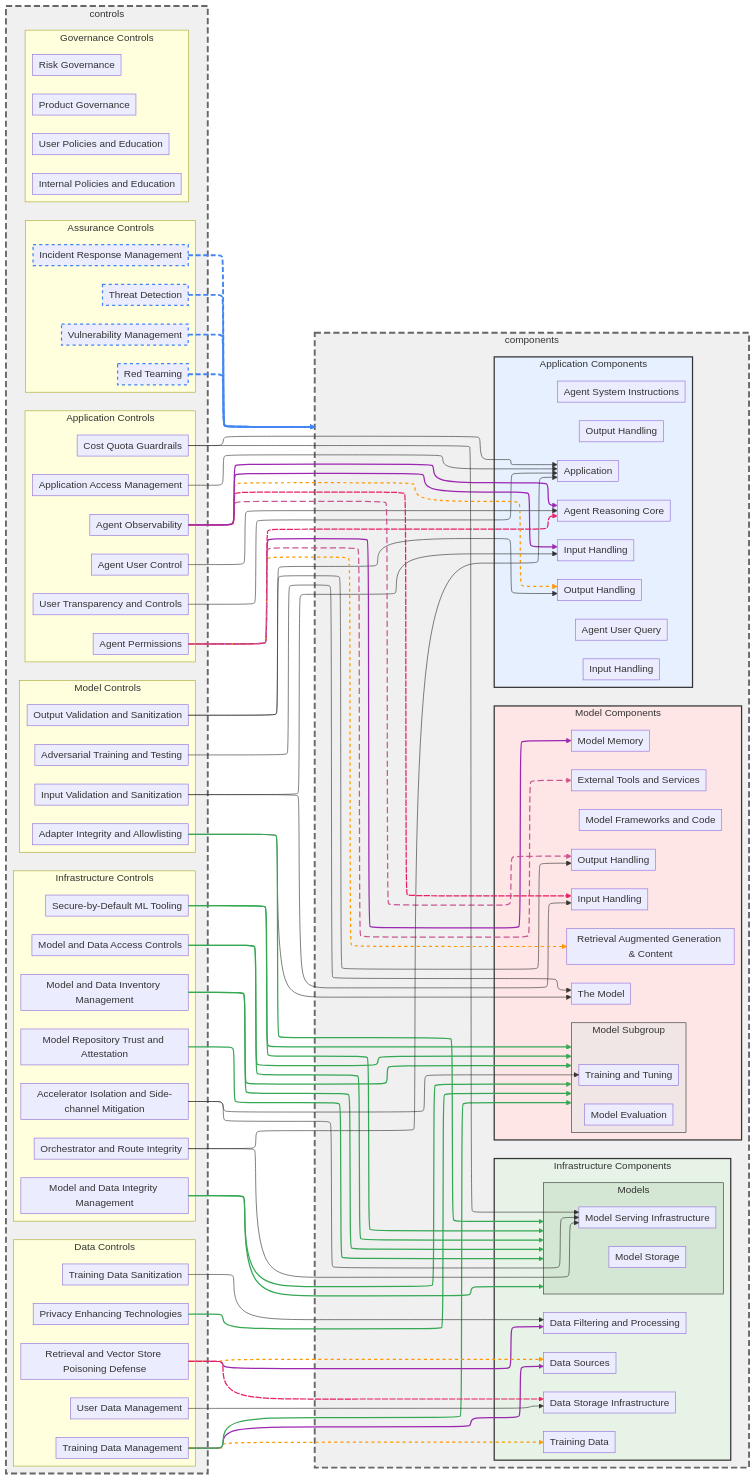
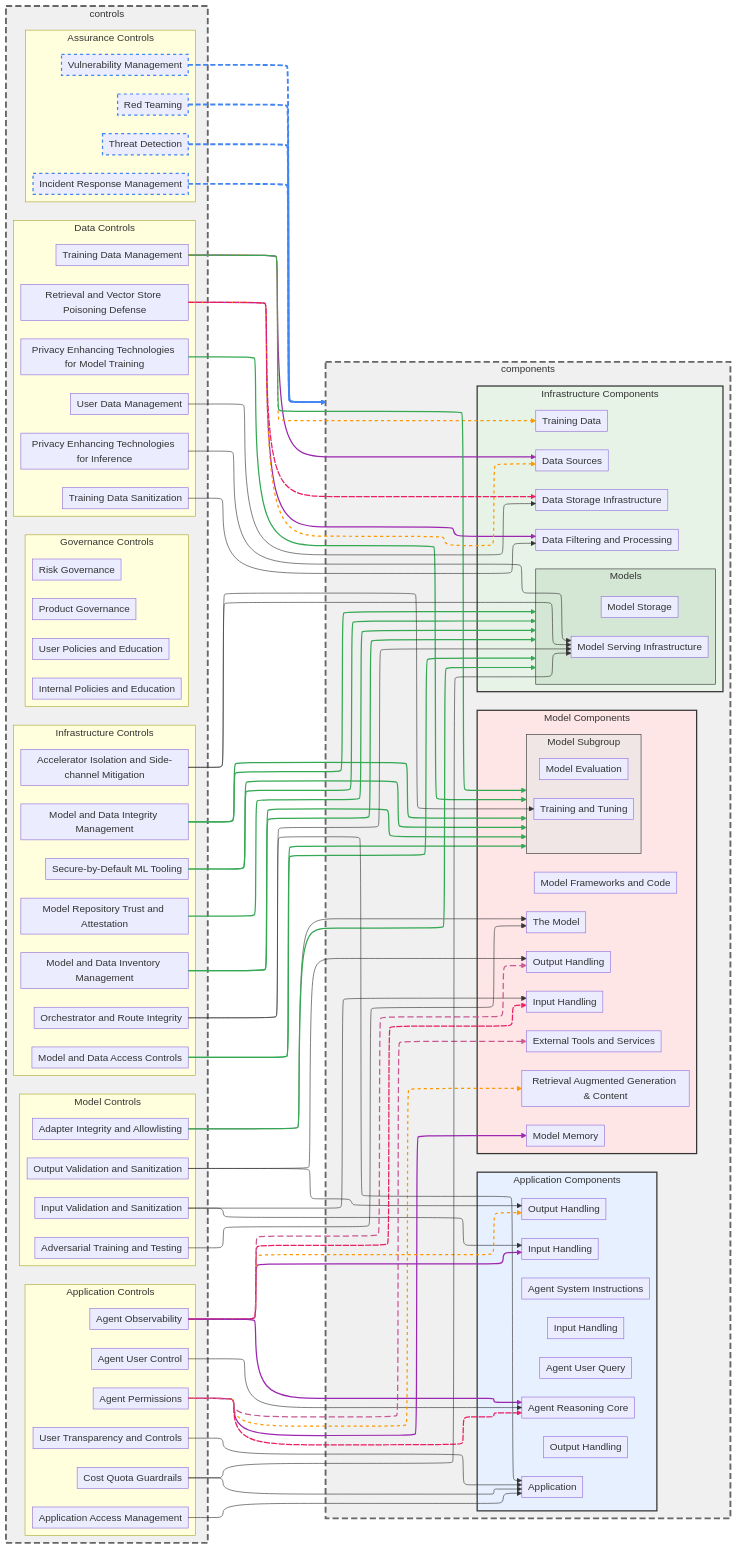
Before and after one commit to davidlabianca/secure-ai-tooling: the diagram in risk-map/diagrams/controls-graph.md, drawn with Mermaid. The commit also changed 13 other files, not shown here.

First line of the commit message:
[Controls] Proposed Split of Control 'Privacy Enhancing Technologies' into Training and Runtime

```diff
--- a/risk-map/diagrams/controls-graph.md
+++ b/risk-map/diagrams/controls-graph.md
@@ -14,8 +14,9 @@
 
     subgraph controls
     subgraph controlsData ["Data Controls"]
-        controlPrivacyEnhancingTechnologies[Privacy Enhancing Technologies]
+        controlModelPrivacyEnhancingTechnologies[Privacy Enhancing Technologies for Model Training]
         controlRetrievalAndVectorStorePoisoningDefense[Retrieval and Vector Store Poisoning Defense]
+        controlRuntimePrivacyEnhancingTechnologies[Privacy Enhancing Technologies for Inference]
         controlTrainingDataManagement[Training Data Management]
         controlTrainingDataSanitization[Training Data Sanitization]
         controlUserDataManagement[User Data Management]
@@ -104,7 +105,8 @@
     end
 
     %% Control to Component relationships
-    controlPrivacyEnhancingTechnologies --> componentsModelSubgroup
+    controlModelPrivacyEnhancingTechnologies --> componentsModelSubgroup
+    controlRuntimePrivacyEnhancingTechnologies --> componentModelServing
     controlTrainingDataManagement --> componentDataSources
     controlTrainingDataManagement --> componentTrainingData
     controlTrainingDataManagement --> componentsModelSubgroup
@@ -159,12 +161,12 @@
     controlVulnerabilityManagement:::allControl
 
     %% Edge styling
-    linkStyle 26,27,28,29 stroke:#4285f4,stroke-width:3px,stroke-dasharray: 8 4
-    linkStyle 0,3,6,7,8,9,10,11,12,13,41,44 stroke:#34a853,stroke-width:2px
-    linkStyle 1,22,30,34,37 stroke:#9c27b0,stroke-width:2px
-    linkStyle 2,23,31,38 stroke:#ff9800,stroke-width:2px,stroke-dasharray: 5 5
-    linkStyle 24,32,39 stroke:#e91e63,stroke-width:2px,stroke-dasharray: 10 2
-    linkStyle 25,33 stroke:#C95792,stroke-width:2px,stroke-dasharray: 10 5
+    linkStyle 27,28,29,30 stroke:#4285f4,stroke-width:3px,stroke-dasharray: 8 4
+    linkStyle 0,4,7,8,9,10,11,12,13,14,42,45 stroke:#34a853,stroke-width:2px
+    linkStyle 2,23,31,35,38 stroke:#9c27b0,stroke-width:2px
+    linkStyle 3,24,32,39 stroke:#ff9800,stroke-width:2px,stroke-dasharray: 5 5
+    linkStyle 25,33,40 stroke:#e91e63,stroke-width:2px,stroke-dasharray: 10 2
+    linkStyle 26,34 stroke:#C95792,stroke-width:2px,stroke-dasharray: 10 5
 
 %% Node style definitions
     style components fill:#f0f0f0,stroke:#666666,stroke-width:3px,stroke-dasharray: 10 5
```
